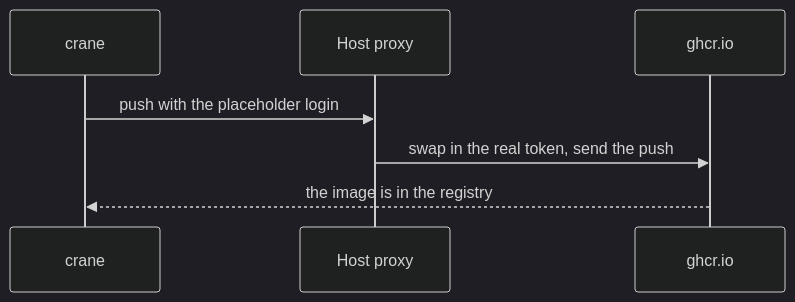
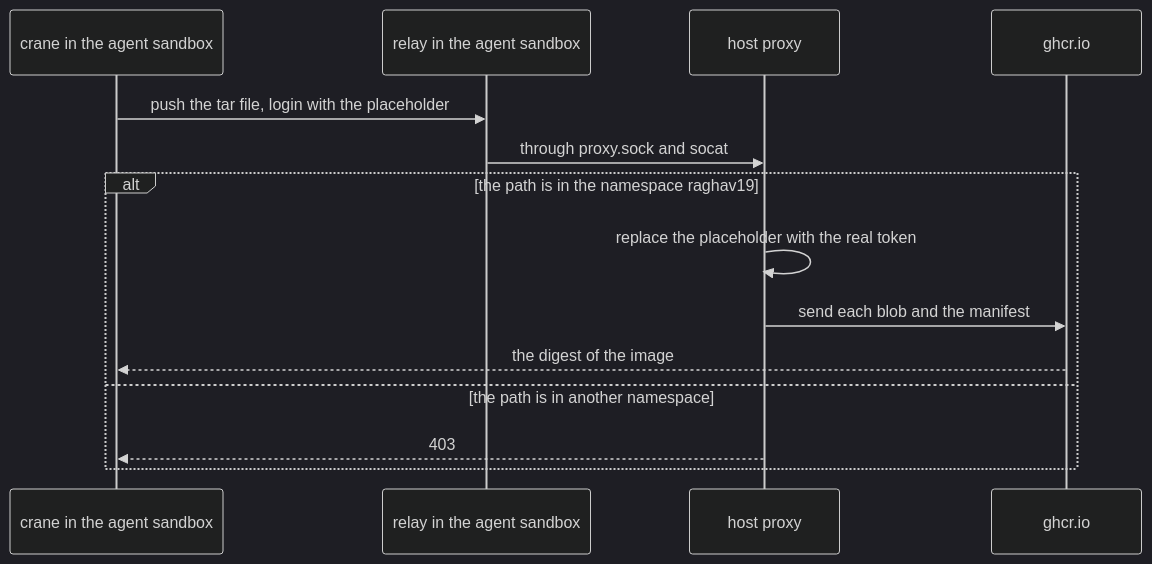
The fourth of 4 diagrams in .sandbox/docs/internals.md (raghav19/engineersdaybook), drawn with Mermaid (dark theme) before and after one commit. The commit also changed other lines of this file, not shown here.

First line of the commit message:
docs: focus the flows on the agent sandbox and the builder (#342)

````diff
--- a/.sandbox/docs/internals.md
+++ b/.sandbox/docs/internals.md
@@ -228,9 +112,16 @@
 ```mermaid
 sequenceDiagram
-    participant crane
-    participant HP as Host proxy
+    participant crane as crane in the agent sandbox
+    participant Relay as relay in the agent sandbox
+    participant HP as host proxy
     participant GH as ghcr.io
-    crane->>HP: push with the placeholder login
-    HP->>GH: swap in the real token, send the push
-    GH-->>crane: the image is in the registry
+    crane->>Relay: push the tar file, login with the placeholder
+    Relay->>HP: through proxy.sock and socat
+    alt the path is in the namespace raghav19
+        HP->>HP: replace the placeholder with the real token
+        HP->>GH: send each blob and the manifest
+        GH-->>crane: the digest of the image
+    else the path is in another namespace
+        HP-->>crane: 403
+    end
 ```
````
